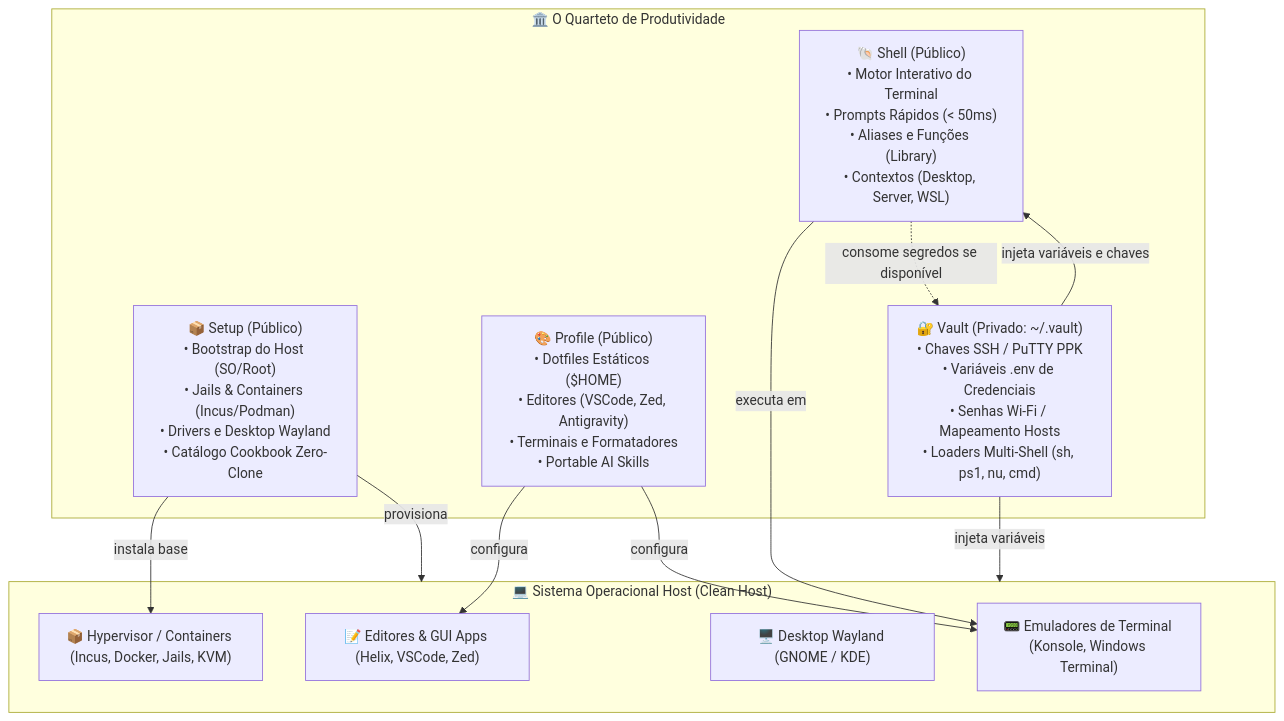
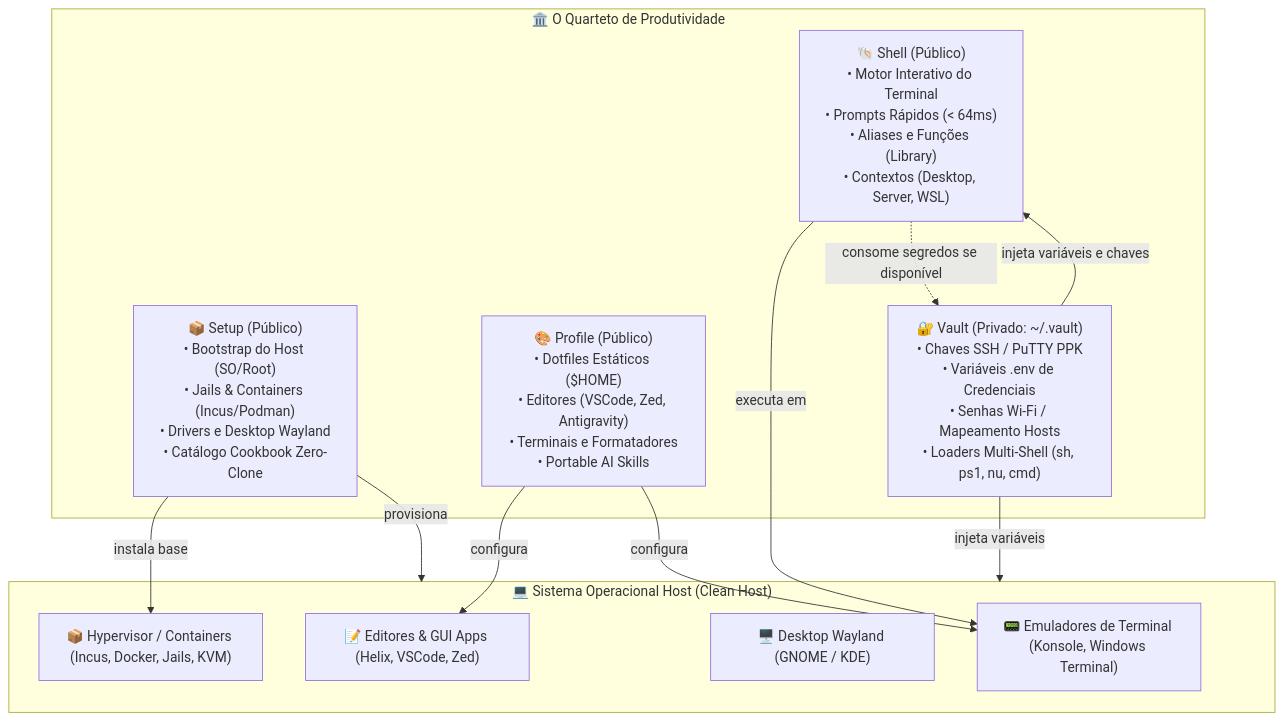
The diagram in docs/ARCHITECTURE.md (GabrielFrigo4/profile), drawn with Mermaid before and after one commit. The commit also changed 3 other files, not shown here.

````diff
--- a/docs/ARCHITECTURE.md
+++ b/docs/ARCHITECTURE.md
@@ -9,27 +9,27 @@
 ```mermaid
 flowchart TD
     subgraph QUARTET ["🏛️ O Quarteto de Produtividade"]
         SETUP["📦 Setup (Público)<br/>• Bootstrap do Host (SO/Root)<br/>• Jails & Containers (Incus/Podman)<br/>• Drivers e Desktop Wayland<br/>• Catálogo Cookbook Zero-Clone"]
         PROFILE["🎨 Profile (Público)<br/>• Dotfiles Estáticos ($HOME)<br/>• Editores (VSCode, Zed, Antigravity)<br/>• Terminais e Formatadores<br/>• Portable AI Skills"]
-        SHELL["🐚 Shell (Público)<br/>• Motor Interativo do Terminal<br/>• Prompts Rápidos (&lt; 50ms)<br/>• Aliases e Funções (Library)<br/>• Contextos (Desktop, Server, WSL)"]
+        SHELL["🐚 Shell (Público)<br/>• Motor Interativo do Terminal<br/>• Prompts Rápidos (&lt; 64ms)<br/>• Aliases e Funções (Library)<br/>• Contextos (Desktop, Server, WSL)"]
         VAULT["🔐 Vault (Privado: ~/.vault)<br/>• Chaves SSH / PuTTY PPK<br/>• Variáveis .env de Credenciais<br/>• Senhas Wi-Fi / Mapeamento Hosts<br/>• Loaders Multi-Shell (sh, ps1, nu, cmd)"]
     end
 
     subgraph HOST ["💻 Sistema Operacional Host (Clean Host)"]
         GUI["🖥️ Desktop Wayland (GNOME / KDE)"]
         IDEs["📝 Editores & GUI Apps (Helix, VSCode, Zed)"]
         TERM["📟 Emuladores de Terminal (Konsole, Windows Terminal)"]
         HYPER["📦 Hypervisor / Containers (Incus, Docker, Jails, KVM)"]
     end
 
     SETUP -->|provisiona| HOST
     SETUP -->|instala base| HYPER
     PROFILE -->|configura| IDEs
     PROFILE -->|configura| TERM
 
     SHELL -->|executa em| TERM
     SHELL -.->|consome segredos se disponível| VAULT
 
     VAULT -->|injeta variáveis e chaves| SHELL
     VAULT -->|injeta variáveis| HOST
 ```
````
